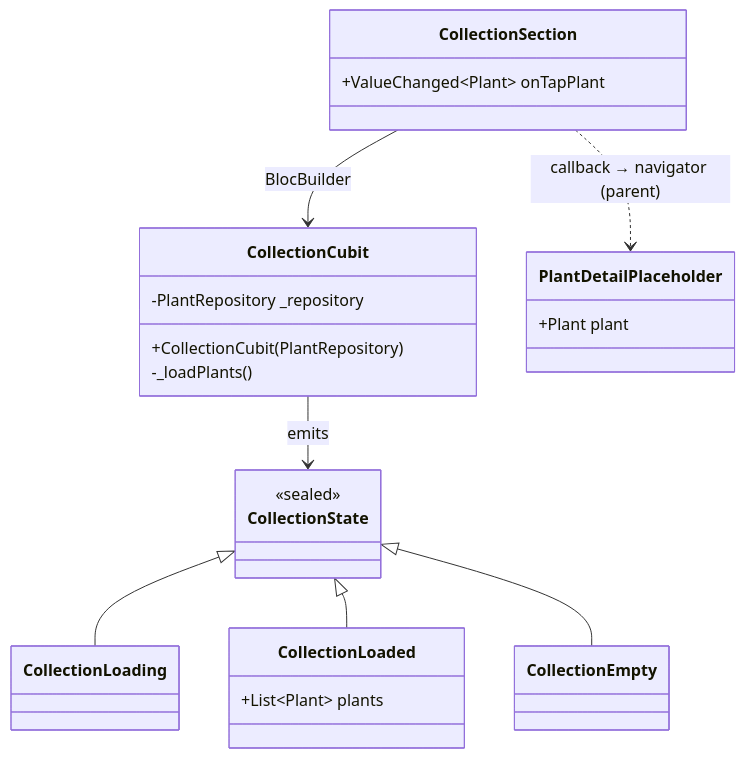
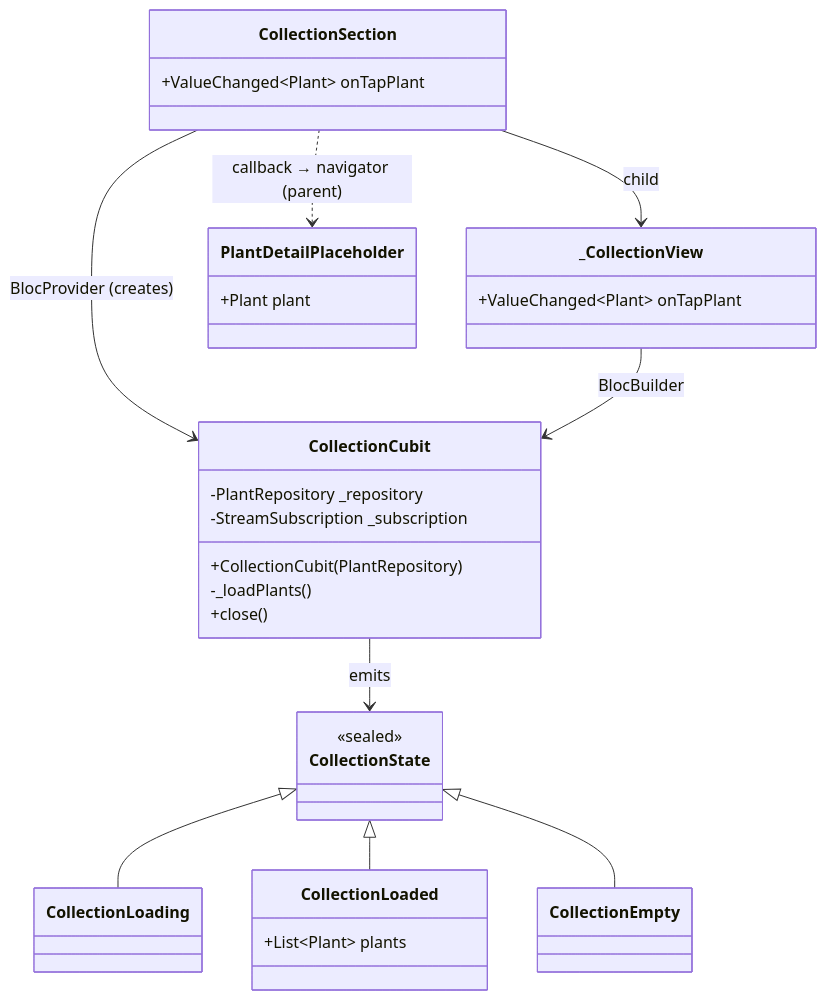
Before and after one commit to FedericoLaggiard/zeimoto: the diagram in docs/collection/feature_en.md, drawn with Mermaid. The commit also changed other lines of this file and 7 other files, not shown here.

````diff
--- a/docs/collection/feature_en.md
+++ b/docs/collection/feature_en.md
@@ -18,33 +18,41 @@
 ```mermaid
 classDiagram
     class CollectionCubit {
         -PlantRepository _repository
+        -StreamSubscription _subscription
         +CollectionCubit(PlantRepository)
         -_loadPlants()
+        +close()
     }
 
     class CollectionState {
         <<sealed>>
     }
 
     class CollectionLoading
     class CollectionLoaded {
         +List~Plant~ plants
     }
     class CollectionEmpty
 
     class CollectionSection {
         +ValueChanged~Plant~ onTapPlant
     }
 
+    class _CollectionView {
+        +ValueChanged~Plant~ onTapPlant
+    }
+
     class PlantDetailPlaceholder {
         +Plant plant
     }
 
     CollectionCubit --> CollectionState : emits
     CollectionState <|-- CollectionLoading
     CollectionState <|-- CollectionLoaded
     CollectionState <|-- CollectionEmpty
-    CollectionSection --> CollectionCubit : BlocBuilder
+    CollectionSection --> CollectionCubit : BlocProvider (creates)
+    CollectionSection --> _CollectionView : child
+    _CollectionView --> CollectionCubit : BlocBuilder
     CollectionSection ..> PlantDetailPlaceholder : callback → navigator (parent)
 ```
````
